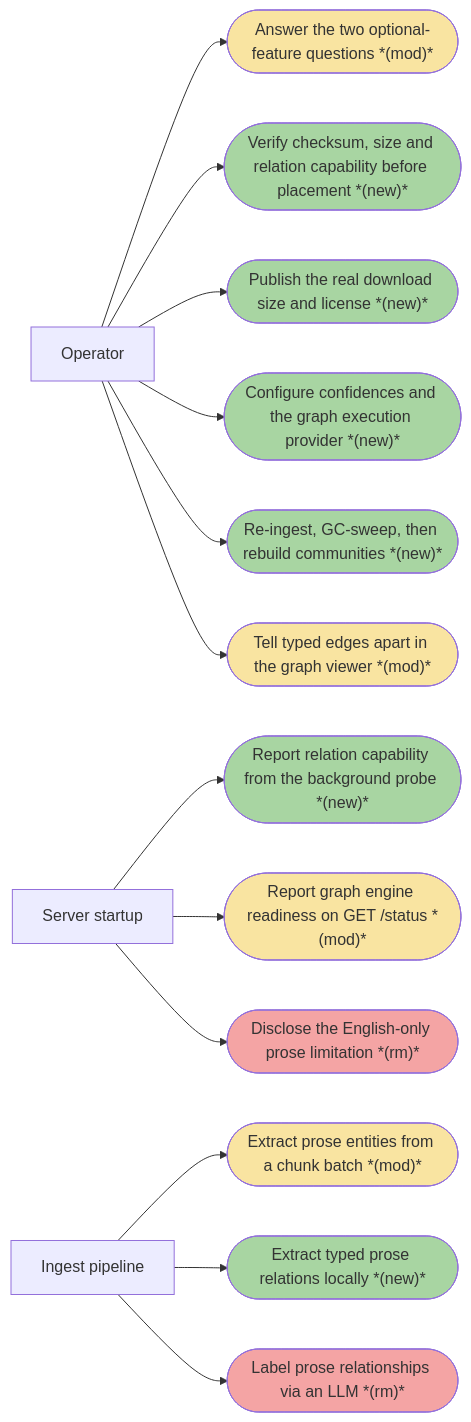
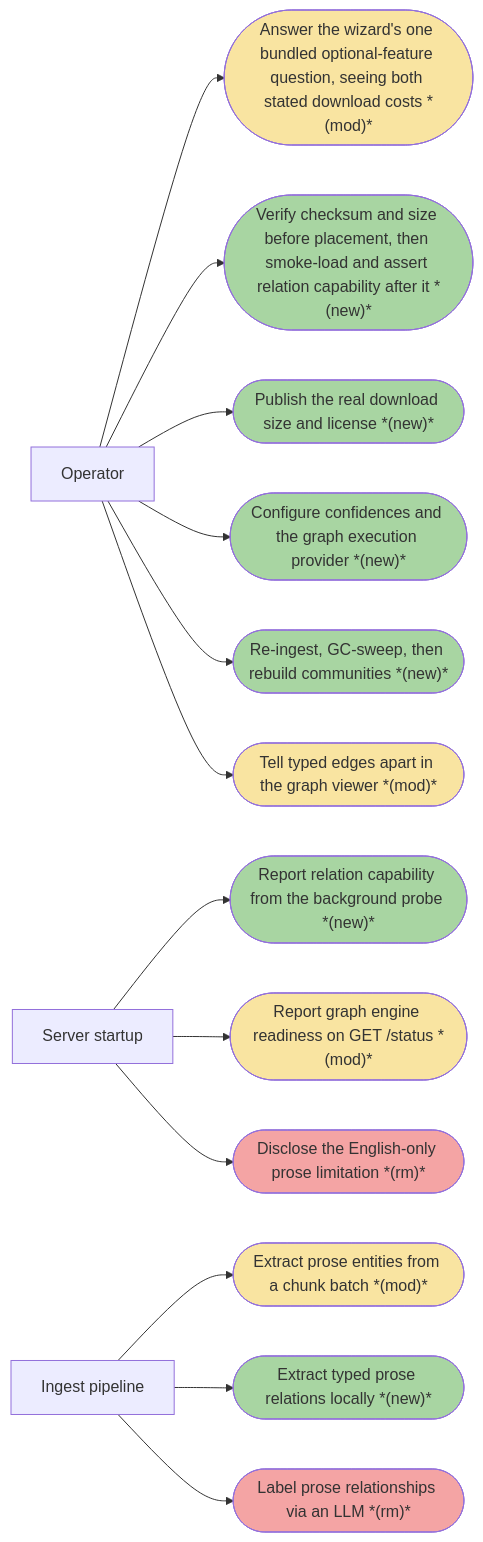
The second of 6 diagrams in Documentation/Backlog/2026-08-19-035-multilingual-graph-ner-team-plan.md (user538295/archon-search), drawn with Mermaid before and after one commit. The commit also changed other lines of this file and 6 other files, not shown here.

First line of the commit message:
docs(backlog): gate graph NER plan on a spike; resync its contracts

````diff
--- a/Documentation/Backlog/2026-08-19-035-multilingual-graph-ner-team-plan.md
+++ b/Documentation/Backlog/2026-08-19-035-multilingual-graph-ner-team-plan.md
@@ -271,49 +304,49 @@
 ```mermaid
 flowchart LR
   classDef newNode fill:#a8d5a2;
   classDef modNode fill:#f9e4a1;
   classDef rmNode fill:#f4a4a4;
 
   OP["Operator"]
   SU["Server startup"]
   IP["Ingest pipeline"]
 
-  UC1(["Answer the two optional-feature questions *(mod)*"])
-  UC2(["Verify checksum, size and relation capability before placement *(new)*"])
+  UC1(["Answer the wizard's one bundled optional-feature question, seeing both stated download costs *(mod)*"])
+  UC2(["Verify checksum and size before placement, then smoke-load and assert relation capability after it *(new)*"])
   UC4(["Publish the real download size and license *(new)*"])
   UC5(["Configure confidences and the graph execution provider *(new)*"])
   UC6(["Re-ingest, GC-sweep, then rebuild communities *(new)*"])
   UC7(["Report relation capability from the background probe *(new)*"])
   UC8(["Report graph engine readiness on GET /status *(mod)*"])
   UC9(["Disclose the English-only prose limitation *(rm)*"])
   UC10(["Extract prose entities from a chunk batch *(mod)*"])
   UC11(["Extract typed prose relations locally *(new)*"])
   UC12(["Label prose relationships via an LLM *(rm)*"])
   UC13(["Tell typed edges apart in the graph viewer *(mod)*"])
 
   OP --> UC1
   OP --> UC2
   OP --> UC4
   OP --> UC5
   OP --> UC6
   OP --> UC13
   SU --> UC7
   SU --> UC8
   SU --> UC9
   IP --> UC10
   IP --> UC11
   IP --> UC12
 
   class UC2 newNode;
   class UC4 newNode;
   class UC5 newNode;
   class UC6 newNode;
   class UC7 newNode;
   class UC11 newNode;
   class UC1 modNode;
   class UC8 modNode;
   class UC10 modNode;
   class UC13 modNode;
   class UC9 rmNode;
   class UC12 rmNode;
 ```
````
